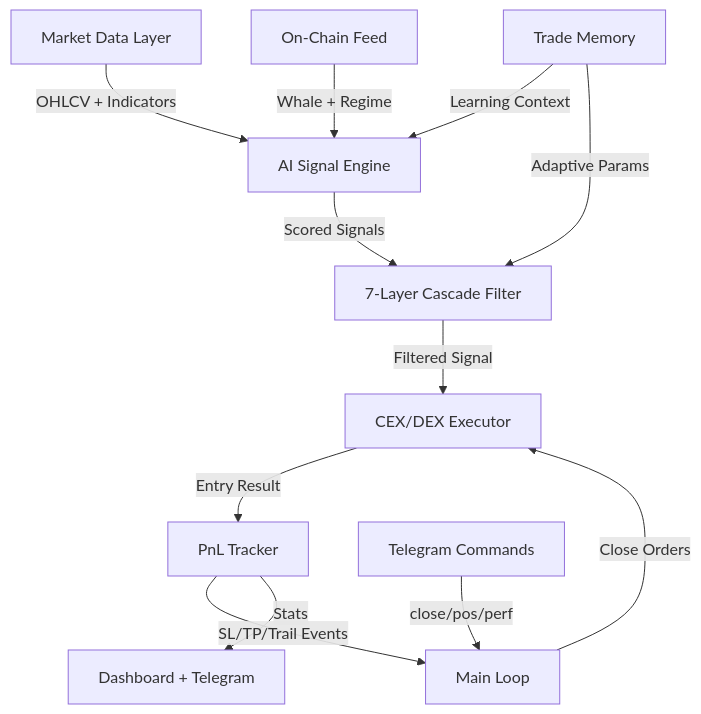
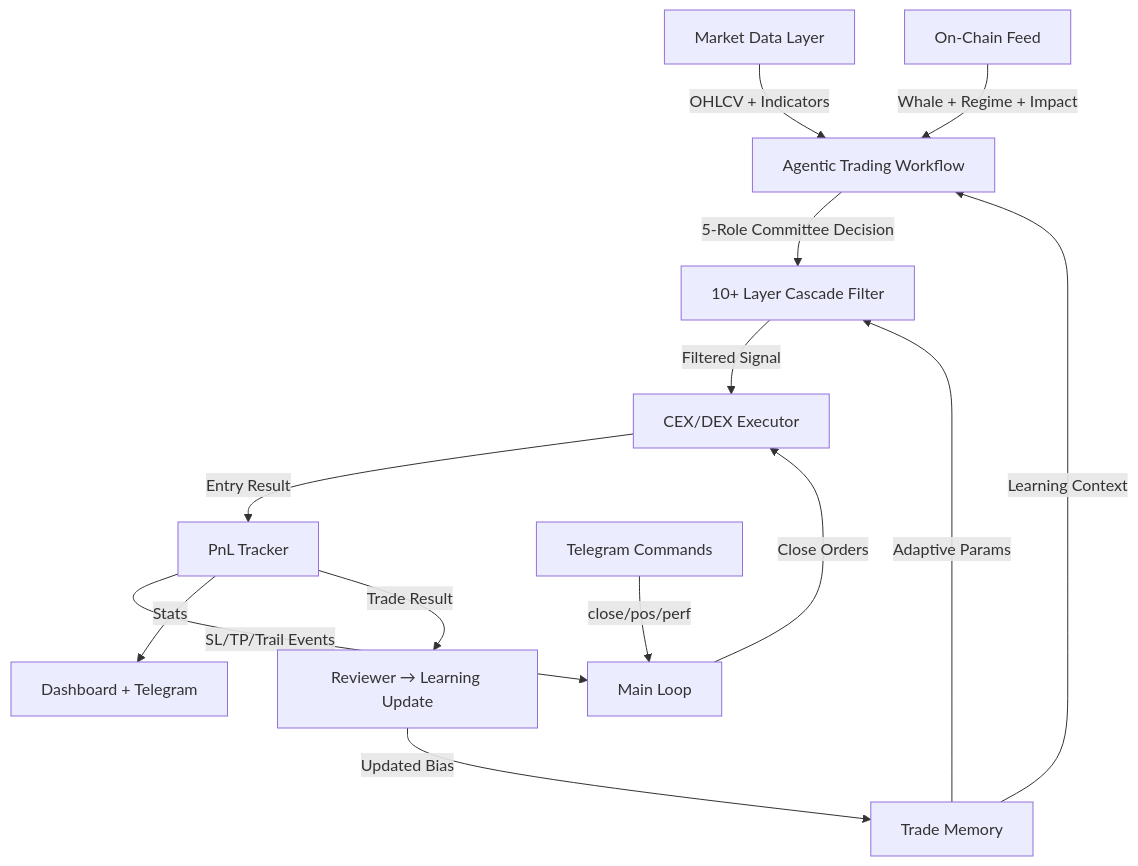
One commit to purapuraninja/crypto-quant-bot changed the diagram in bot_capabilities.md. Above: the diagram before and after it, drawn with Mermaid. The commit also changed other lines of this file, not shown here.

````diff
--- a/bot_capabilities.md
+++ b/bot_capabilities.md
@@ -324,14 +342,16 @@
 ```mermaid
 graph TD
-    A[Market Data Layer] -->|OHLCV + Indicators| B[AI Signal Engine]
-    C[On-Chain Feed] -->|Whale + Regime| B
+    A[Market Data Layer] -->|OHLCV + Indicators| B[Agentic Trading Workflow]
+    C[On-Chain Feed] -->|Whale + Regime + Impact| B
     D[Trade Memory] -->|Learning Context| B
-    B -->|Scored Signals| E[7-Layer Cascade Filter]
+    B -->|5-Role Committee Decision| E[10+ Layer Cascade Filter]
     E -->|Filtered Signal| F[CEX/DEX Executor]
     F -->|Entry Result| G[PnL Tracker]
     G -->|SL/TP/Trail Events| H[Main Loop]
     H -->|Close Orders| F
     G -->|Stats| I[Dashboard + Telegram]
     D -->|Adaptive Params| E
     J[Telegram Commands] -->|close/pos/perf| H
+    G -->|Trade Result| K[Reviewer → Learning Update]
+    K -->|Updated Bias| D
 ```
````
